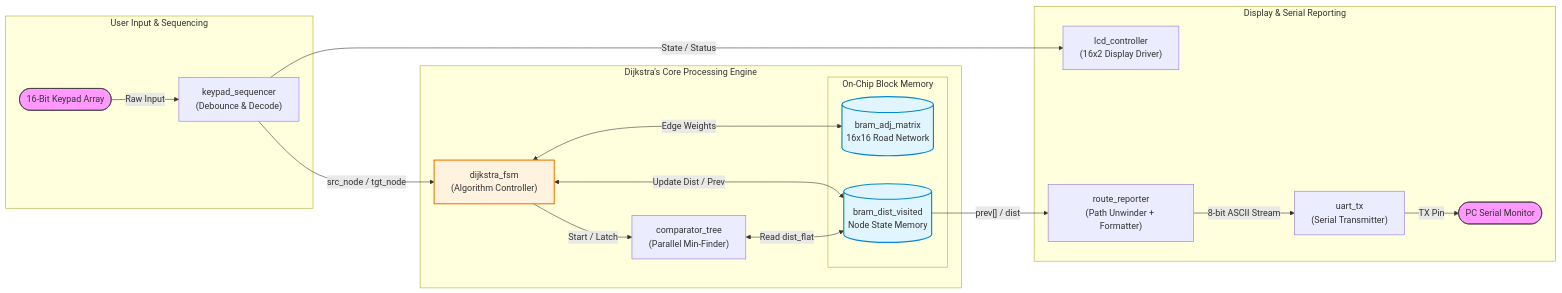
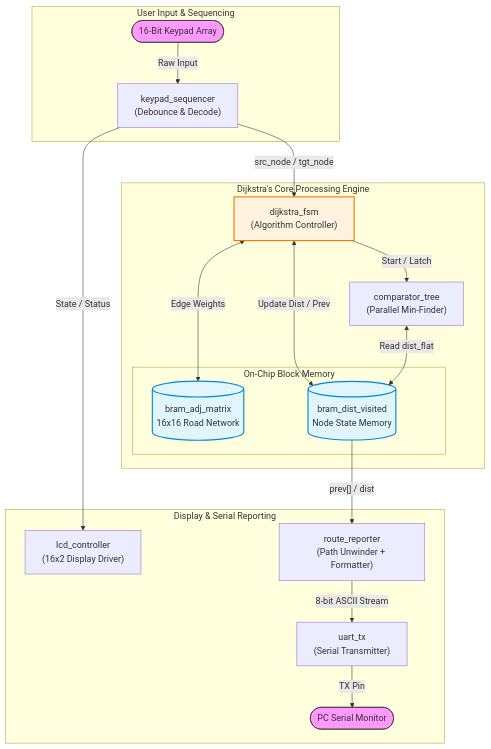
One commit to nish-chitha/nishchitha-VIVEQA changed the diagram in README.md. Above: the diagram before and after it, drawn with Mermaid.

````diff
--- a/README.md
+++ b/README.md
@@ -19,46 +19,46 @@
 ```mermaid
-flowchart LR
+flowchart TD
     %% --- Custom Styling & Node Shapes ---
     classDef io fill:#f9f,stroke:#333,stroke-width:1px
     classDef mem fill:#e1f5fe,stroke:#0288d1,stroke-width:2px
     classDef ctrl fill:#fff3e0,stroke:#f57c00,stroke-width:2px
 
     %% --- Input Section ---
     subgraph INPUT [" User Input & Sequencing "]
         A(["16-Bit Keypad Array"]):::io
         B["keypad_sequencer<br/>(Debounce & Decode)"]
     end
 
     %% --- Processing Engine ---
     subgraph ENGINE [" Dijkstra's Core Processing Engine "]
         C["dijkstra_fsm<br/>(Algorithm Controller)"]:::ctrl
         F["comparator_tree<br/>(Parallel Min-Finder)"]
         
         subgraph MEM [" On-Chip Block Memory "]
             E[("bram_adj_matrix<br/>16x16 Road Network")]:::mem
             G[("bram_dist_visited<br/>Node State Memory")]:::mem
         end
     end
 
     %% --- Output Section ---
     subgraph OUTPUT [" Display & Serial Reporting "]
         D["lcd_controller<br/>(16x2 Display Driver)"]
         H["route_reporter<br/>(Path Unwinder + Formatter)"]
         I["uart_tx<br/>(Serial Transmitter)"]
         J(["PC Serial Monitor"]):::io
     end
 
     %% --- Connections ---
     A -->|"Raw Input"| B
     B -->|"src_node / tgt_node"| C
     B -->|"State / Status"| D
     
     C <-->|"Edge Weights"| E
     C <-->|"Update Dist / Prev"| G
     C -->|"Start / Latch"| F
     F <-->|"Read dist_flat"| G
     
     G -->|"prev[] / dist"| H
     H -->|"8-bit ASCII Stream"| I
     I -->|"TX Pin"| J
 ```
````
